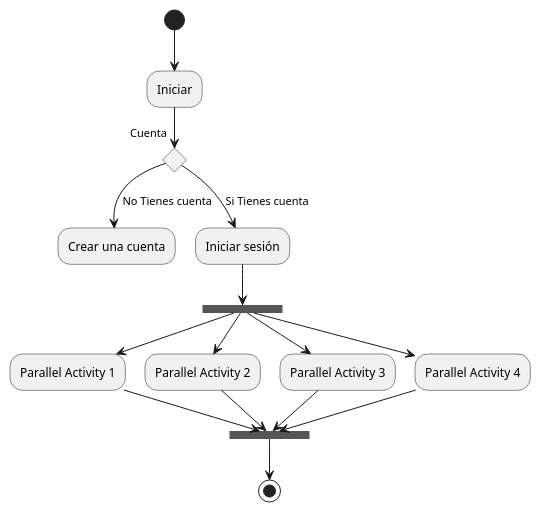
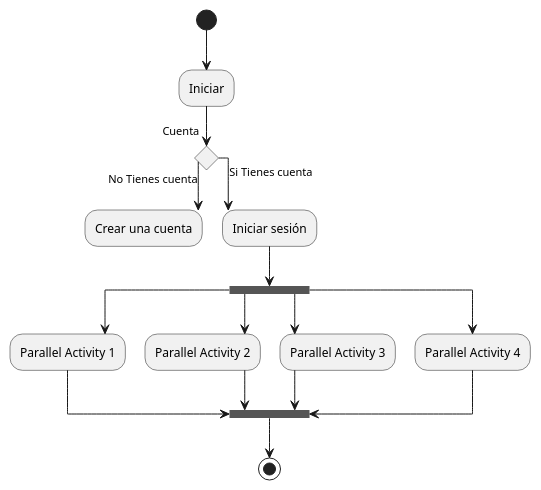
One commit to nonodev96/THUMDER changed the diagram in UML/_1.1.StateDiagram.puml. Above: the diagram before and after it, drawn with PlantUML. The commit also changed 33 other files, not shown here.

Commit message:
Add firebase auth in server with email and password, google oauth and github oauth, in project electron only email and password, modify UML

```diff
--- a/UML/_1.1.StateDiagram.puml
+++ b/UML/_1.1.StateDiagram.puml
@@ -1,29 +1,31 @@
 @startuml
+skinparam linetype polyline
+skinparam linetype ortho
 (*) --> "Iniciar"
 
 if "Cuenta" then
   --> [No Tienes cuenta] "Crear una cuenta"
 else
   --> [Si Tienes cuenta] "Iniciar sesión"
 endif
 
 --> === B1 ===
 --> "Parallel Activity 1"
 --> === B2 ===
 
 
 ===B1=== --> "Parallel Activity 2"
 --> === B2 ===
 
 ===B1=== --> "Parallel Activity 3"
 --> === B2 ===
 
 ===B1=== --> "Parallel Activity 4"
 --> === B2 ===
 
 
 
 --> (*)
 
 
 @enduml
```
